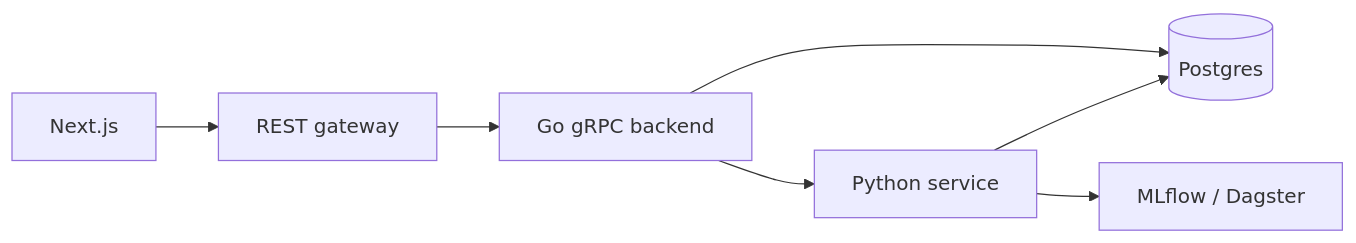
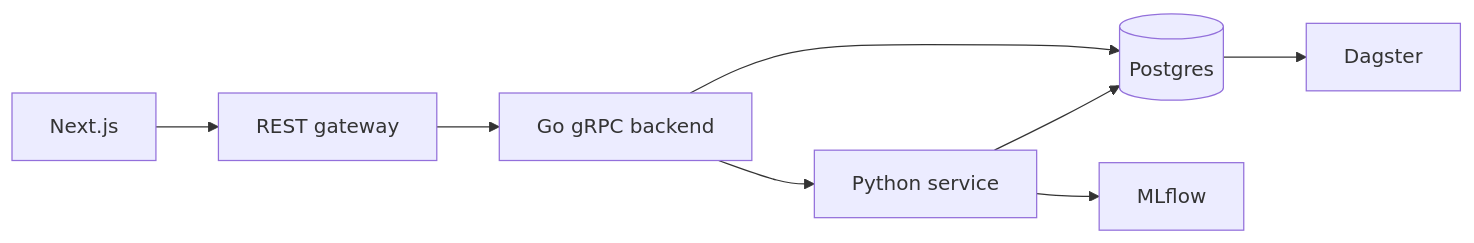
Before and after one commit to jyablonski/site: the diagram in src/content/projects/lotus.md, drawn with Mermaid. The commit also changed other lines of this file and 29 other files, not shown here.

````diff
--- a/src/content/projects/lotus.md
+++ b/src/content/projects/lotus.md
@@ -24,9 +24,10 @@
 ```mermaid
 flowchart LR
   UI[Next.js] --> GW[REST gateway]
   GW --> GRPC[Go gRPC backend]
   GRPC --> AN[Python service]
   GRPC --> PG[(Postgres)]
   AN --> PG
-  AN --> ML[MLflow / Dagster]
+  AN --> ML[MLflow]
+  PG --> DAG[Dagster]
 ```
````
